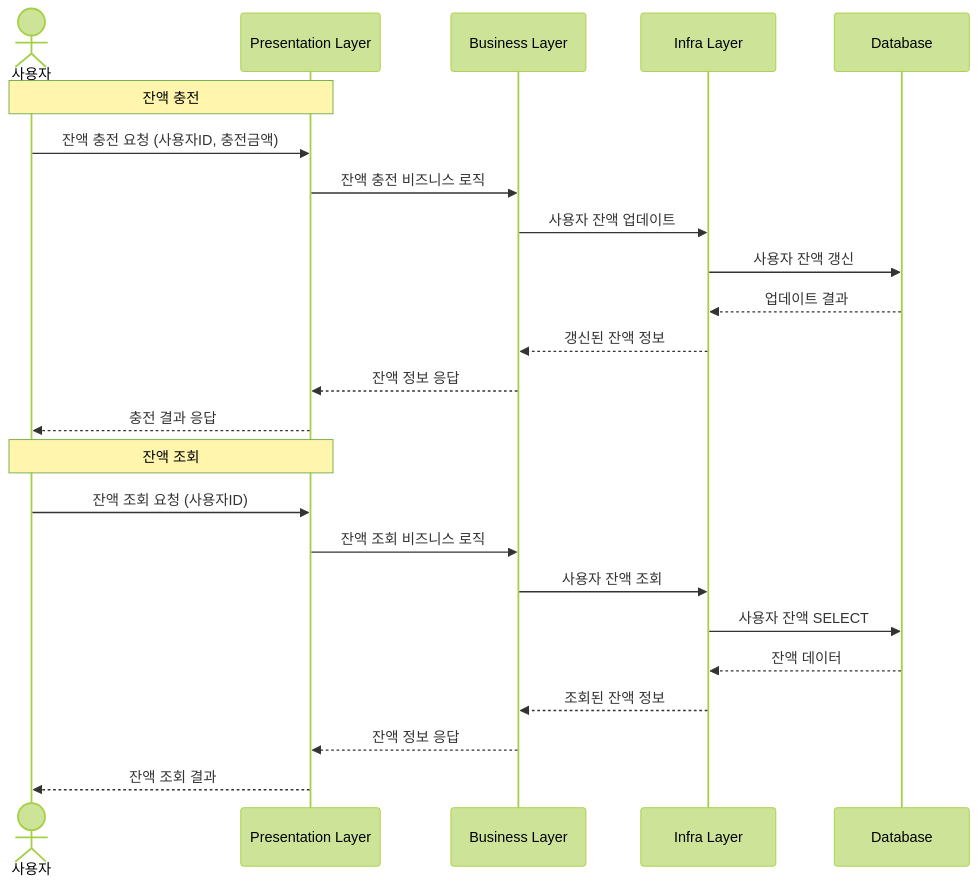
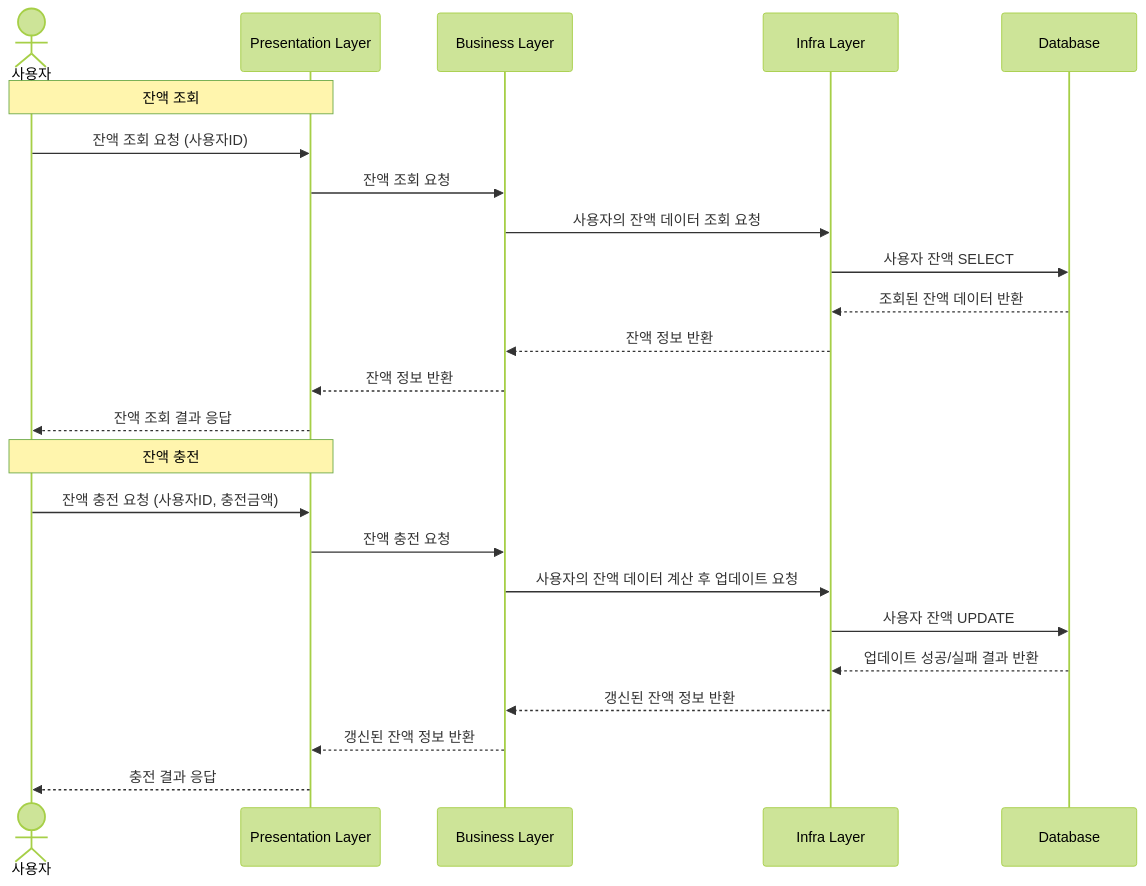
The first of 6 diagrams in README.md (dhgudtmxhs/hhplus-ecommerce), drawn with Mermaid (forest theme) before and after one commit. The commit also changed other lines of this file, not shown here.

````diff
--- a/README.md
+++ b/README.md
@@ -26,28 +26,28 @@
 ```mermaid
 sequenceDiagram
 actor U as 사용자
 participant P as Presentation Layer
 participant B as Business Layer
 participant I as Infra Layer
 participant DB as Database
 
+Note over U,P: 잔액 조회
+U->>P: 잔액 조회 요청 (사용자ID)
+P->>B: 잔액 조회 요청
+B->>I: 사용자의 잔액 데이터 조회 요청
+I->>DB: 사용자 잔액 SELECT
+DB-->>I: 조회된 잔액 데이터 반환
+I-->>B: 잔액 정보 반환
+B-->>P: 잔액 정보 반환
+P-->>U: 잔액 조회 결과 응답
+
 Note over U,P: 잔액 충전
 U->>P: 잔액 충전 요청 (사용자ID, 충전금액)
-P->>B: 잔액 충전 비즈니스 로직
-B->>I: 사용자 잔액 업데이트
-I->>DB: 사용자 잔액 갱신
-DB-->>I: 업데이트 결과
-I-->>B: 갱신된 잔액 정보
-B-->>P: 잔액 정보 응답
+P->>B: 잔액 충전 요청
+B->>I: 사용자의 잔액 데이터 계산 후 업데이트 요청
+I->>DB: 사용자 잔액 UPDATE
+DB-->>I: 업데이트 성공/실패 결과 반환
+I-->>B: 갱신된 잔액 정보 반환
+B-->>P: 갱신된 잔액 정보 반환
 P-->>U: 충전 결과 응답
-
-Note over U,P: 잔액 조회
-U->>P: 잔액 조회 요청 (사용자ID)
-P->>B: 잔액 조회 비즈니스 로직
-B->>I: 사용자 잔액 조회
-I->>DB: 사용자 잔액 SELECT
-DB-->>I: 잔액 데이터
-I-->>B: 조회된 잔액 정보
-B-->>P: 잔액 정보 응답
-P-->>U: 잔액 조회 결과
 ```
````
